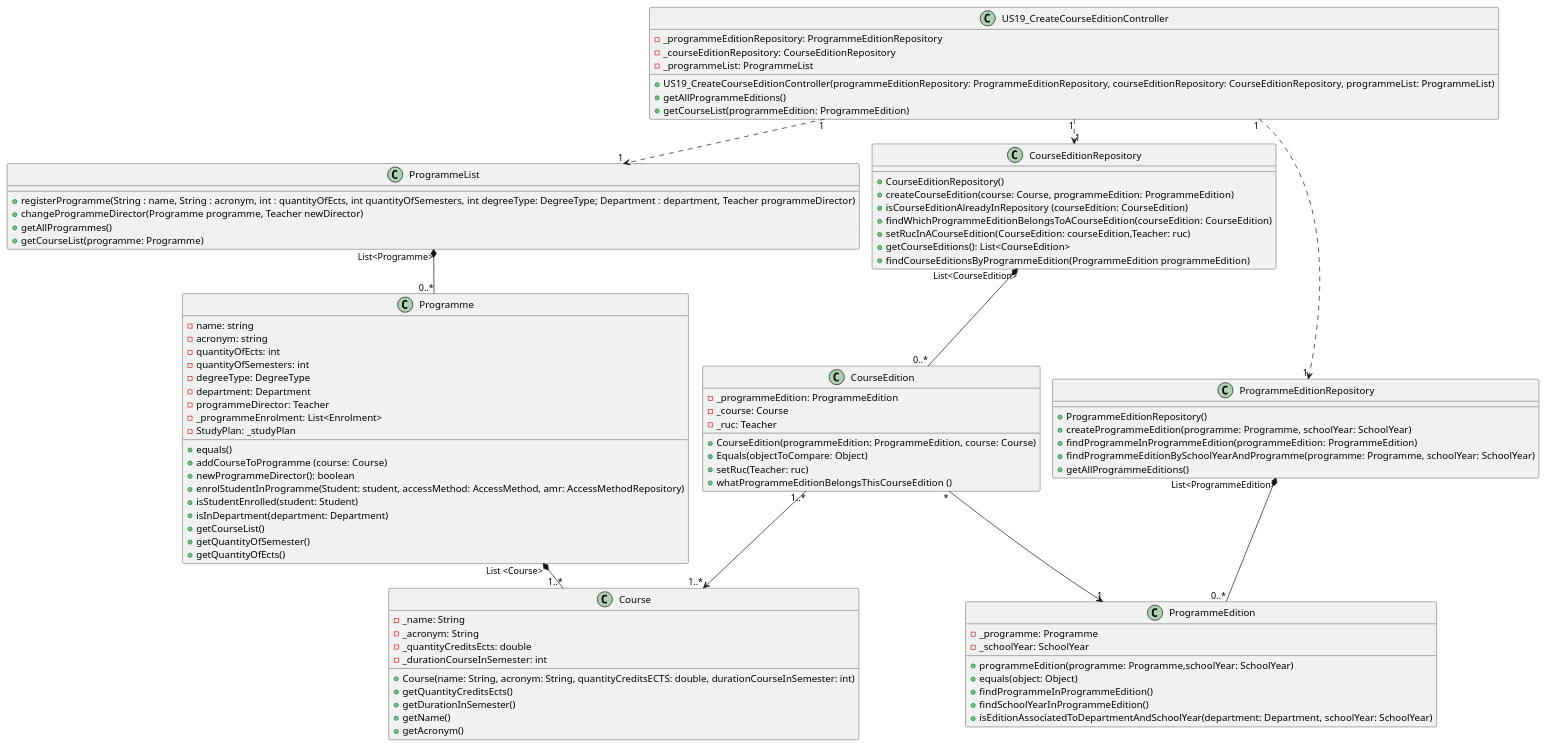
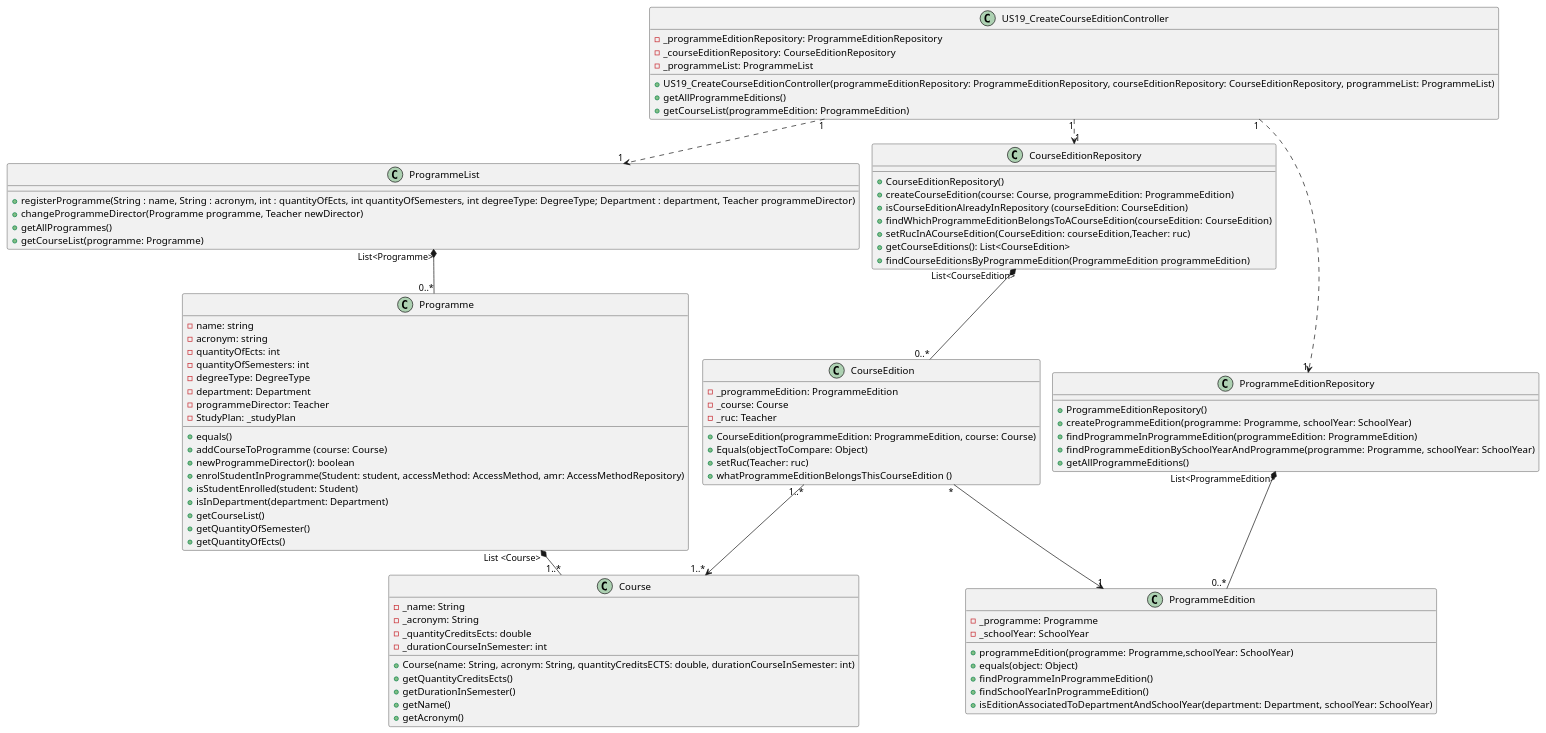
One commit to GasparISEP/DevOps-PAI changed the diagram in docs/US19/US19_CreateCourseEdition_ClassDiagram.puml. Above: the diagram before and after it, drawn with PlantUML.

Commit message:
doc(us19_classDiagram)remove list if enrolments from attributes

```diff
--- a/docs/US19/US19_CreateCourseEdition_ClassDiagram.puml
+++ b/docs/US19/US19_CreateCourseEdition_ClassDiagram.puml
@@ -1,106 +1,105 @@
 @startuml
 !pragma layout smetana
 'left to right direction'
 
 class US19_CreateCourseEditionController {
     -_programmeEditionRepository: ProgrammeEditionRepository
     -_courseEditionRepository: CourseEditionRepository
     -_programmeList: ProgrammeList
     +US19_CreateCourseEditionController(programmeEditionRepository: ProgrammeEditionRepository, courseEditionRepository: CourseEditionRepository, programmeList: ProgrammeList)
     +getAllProgrammeEditions()
     +getCourseList(programmeEdition: ProgrammeEdition)
 }
 
 class ProgrammeList {
      +registerProgramme(String : name, String : acronym, int : quantityOfEcts, int quantityOfSemesters, int degreeType: DegreeType; Department : department, Teacher programmeDirector)
      +changeProgrammeDirector(Programme programme, Teacher newDirector)
      +getAllProgrammes()
      +getCourseList(programme: Programme)
 }
 
 class Programme {
      - name: string
      - acronym: string
      - quantityOfEcts: int
      - quantityOfSemesters: int
      - degreeType: DegreeType
      - department: Department
      - programmeDirector: Teacher
-     -_programmeEnrolment: List<Enrolment>
      -StudyPlan: _studyPlan
 
      + equals()
      + addCourseToProgramme (course: Course)
      + newProgrammeDirector(): boolean
      +enrolStudentInProgramme(Student: student, accessMethod: AccessMethod, amr: AccessMethodRepository)
      +isStudentEnrolled(student: Student)
      +isInDepartment(department: Department)
      +getCourseList()
      +getQuantityOfSemester()
      +getQuantityOfEcts()
 }
 
 class ProgrammeEdition {
     -_programme: Programme
     -_schoolYear: SchoolYear
     +programmeEdition(programme: Programme,schoolYear: SchoolYear)
     +equals(object: Object)
     +findProgrammeInProgrammeEdition()
     +findSchoolYearInProgrammeEdition()
     +isEditionAssociatedToDepartmentAndSchoolYear(department: Department, schoolYear: SchoolYear)
 }
 
 class Course {
     -_name: String
     -_acronym: String
     -_quantityCreditsEcts: double
     -_durationCourseInSemester: int
     +Course(name: String, acronym: String, quantityCreditsECTS: double, durationCourseInSemester: int)
     +getQuantityCreditsEcts()
     +getDurationInSemester()
     +getName()
     +getAcronym()
 }
 
 class CourseEdition {
     -_programmeEdition: ProgrammeEdition
     -_course: Course
     -_ruc: Teacher
     +CourseEdition(programmeEdition: ProgrammeEdition, course: Course)
     +Equals(objectToCompare: Object)
     +setRuc(Teacher: ruc)
     +whatProgrammeEditionBelongsThisCourseEdition ()
 }
 
 class CourseEditionRepository {
     +CourseEditionRepository()
     +createCourseEdition(course: Course, programmeEdition: ProgrammeEdition)
     +isCourseEditionAlreadyInRepository (courseEdition: CourseEdition)
     +findWhichProgrammeEditionBelongsToACourseEdition(courseEdition: CourseEdition)
     +setRucInACourseEdition(CourseEdition: courseEdition,Teacher: ruc)
     +getCourseEditions(): List<CourseEdition>
     +findCourseEditionsByProgrammeEdition(ProgrammeEdition programmeEdition)
 }
 
 class ProgrammeEditionRepository {
     +ProgrammeEditionRepository()
     +createProgrammeEdition(programme: Programme, schoolYear: SchoolYear)
     +findProgrammeInProgrammeEdition(programmeEdition: ProgrammeEdition)
     +findProgrammeEditionBySchoolYearAndProgramme(programme: Programme, schoolYear: SchoolYear)
     +getAllProgrammeEditions()
 }
 
 US19_CreateCourseEditionController "1" ..> "1" ProgrammeEditionRepository
 US19_CreateCourseEditionController "1" ..> "1" CourseEditionRepository
 US19_CreateCourseEditionController "1" ..> "1" ProgrammeList
 CourseEditionRepository "List<CourseEdition>" *-- "0..*" CourseEdition
 ProgrammeEditionRepository "List<ProgrammeEdition>" *-- "0..*" ProgrammeEdition
 ProgrammeList "List<Programme>" *-- "0..*" Programme
 Programme "List <Course>" *-- "1..*" Course
 CourseEdition "*" --> "1" ProgrammeEdition
 CourseEdition "1..*" --> "1..*" Course
 
 
 
 
 @enduml
```
